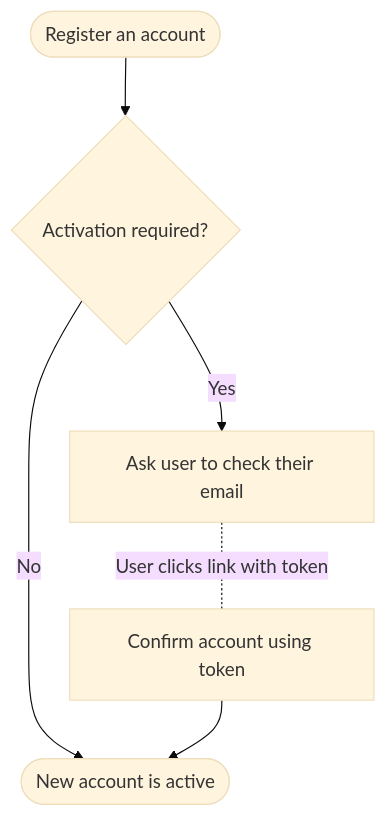
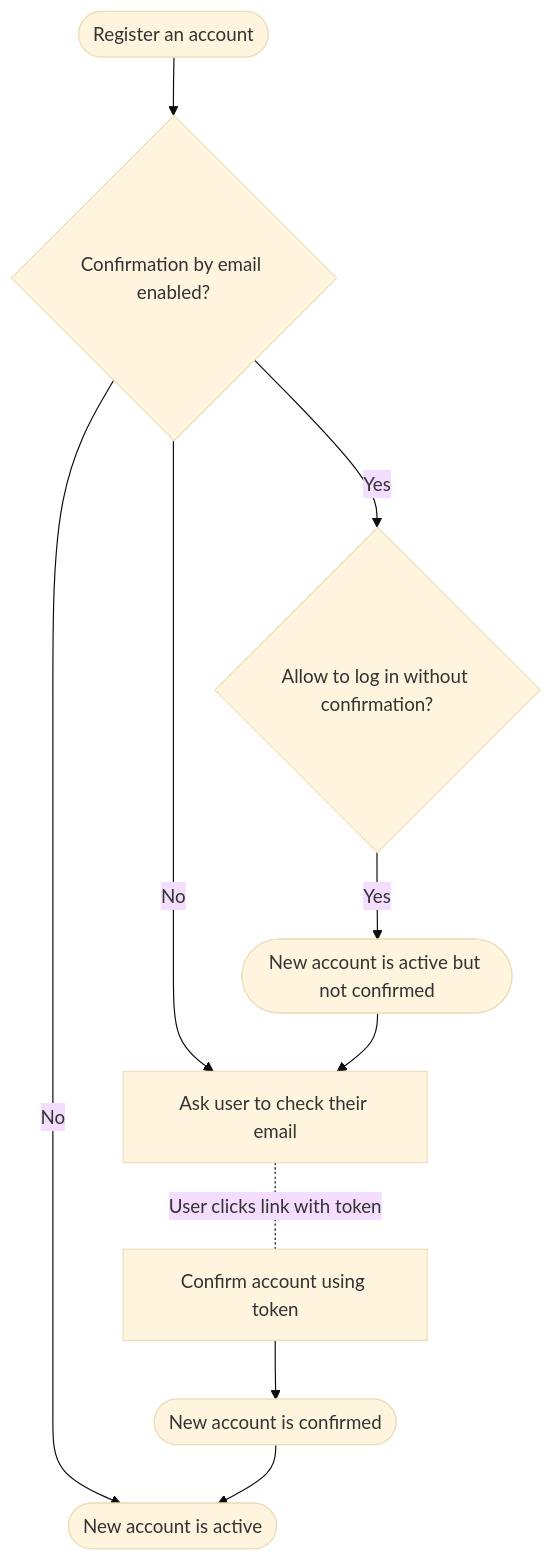
The diagram in docs/developer/users.mdx (saleor/saleor-docs), drawn with Mermaid (base theme) before and after one commit. The commit also changed other lines of this file and 1 other file, not shown here.

Commit message:
Add documentation for new auth-flow

````diff
--- a/docs/developer/users.mdx
+++ b/docs/developer/users.mdx
@@ -20,8 +26,12 @@
 ```mermaid
 graph TD
-  R([Register an account]) --> CR{Activation required?}
+  R([Register an account]) --> CR{Confirmation by email enabled?}
   CR -->|No| A([New account is active])
-  CR -->|Yes| E[Ask user to check their email]
-  E -.-|User clicks link with token| C[Confirm account using token]
+  CR --> |Yes| AL{Allow to log in without confirmation?}
+  AL --> |Yes| ANC([New account is active but not confirmed])
+  CR -->|No| E[Ask user to check their email]
+  E -.-|User clicks link with token| CA[Confirm account using token]
+  CA --> C([New account is confirmed])
   C --> A
+  ANC --> E
 ```
````
